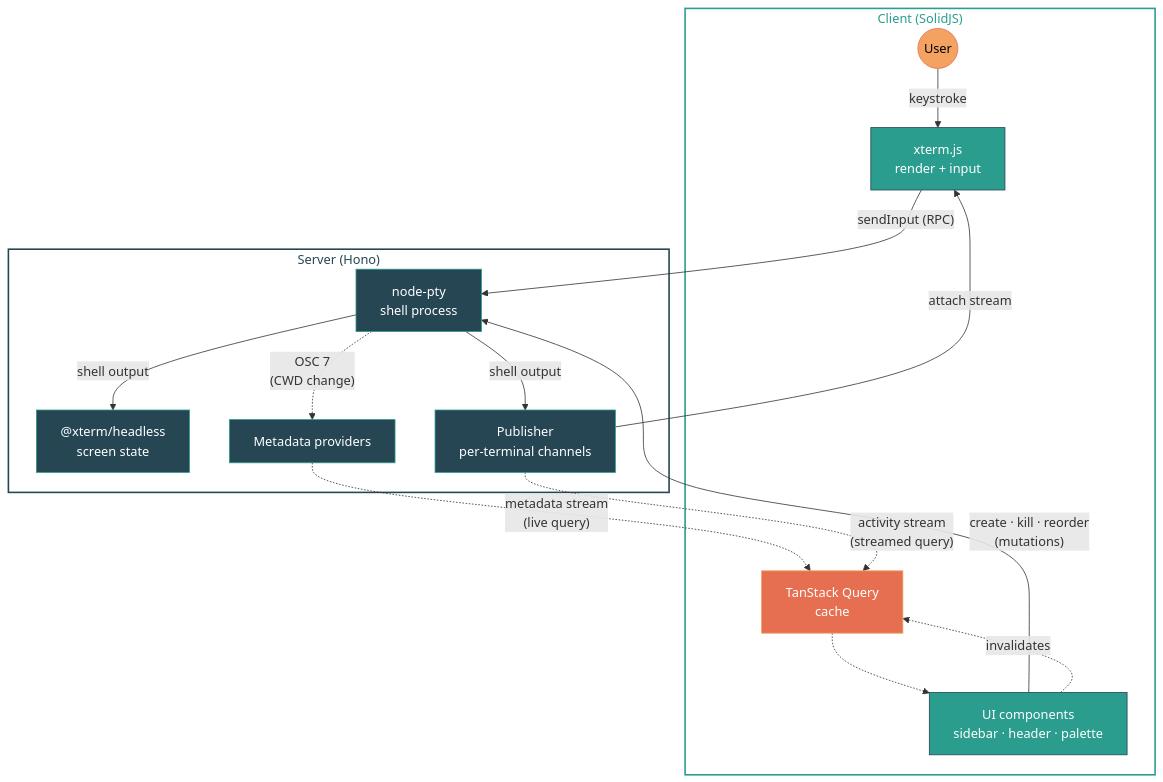
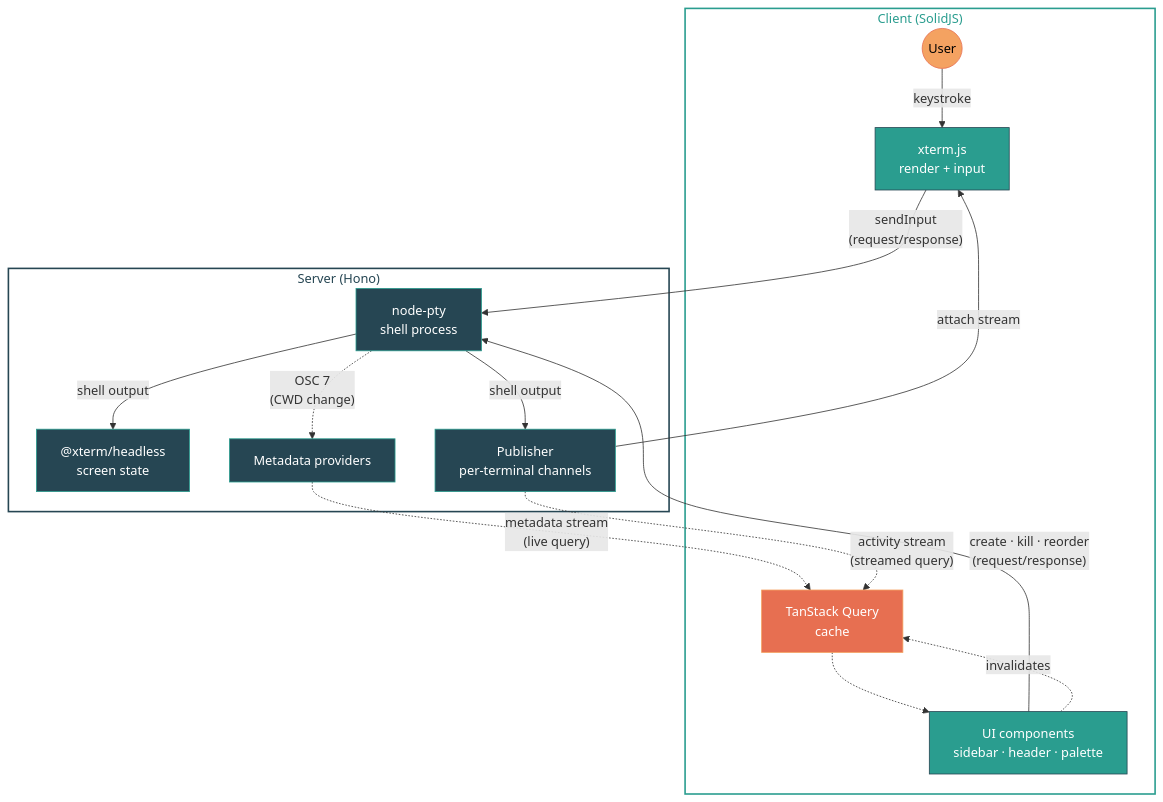
The diagram in README.md (juspay/kolu), drawn with Mermaid before and after one commit.

Commit message:
docs: label request/response edges to match communication patterns table

````diff
--- a/README.md
+++ b/README.md
@@ -99,41 +99,41 @@
 ```mermaid
 flowchart TB
   subgraph Client["Client (SolidJS)"]
     User((User)):::user
     Xterm["xterm.js\nrender + input"]:::client
     TQ["TanStack Query\ncache"]:::cache
     UI["UI components\nsidebar · header · palette"]:::client
   end
 
   subgraph Server["Server (Hono)"]
     PTY["node-pty\nshell process"]:::server
     Headless["@xterm/headless\nscreen state"]:::server
     Pub["Publisher\nper-terminal channels"]:::server
     Providers["Metadata providers"]:::server
   end
 
   %% Terminal I/O loop
   User -->|"keystroke"| Xterm
-  Xterm -->|"sendInput (RPC)"| PTY
+  Xterm -->|"sendInput\n(request/response)"| PTY
   PTY -->|"shell output"| Headless
   PTY -->|"shell output"| Pub
   Pub -->|"attach stream"| Xterm
 
   %% Metadata loop
   PTY -.->|"OSC 7\n(CWD change)"| Providers
   Providers -.->|"metadata stream\n(live query)"| TQ
   Pub -.->|"activity stream\n(streamed query)"| TQ
   TQ -.-> UI
 
   %% User actions
-  UI -->|"create · kill · reorder\n(mutations)"| PTY
+  UI -->|"create · kill · reorder\n(request/response)"| PTY
   UI -.->|"invalidates"| TQ
 
   classDef user fill:#f4a261,stroke:#e76f51,color:#000
   classDef client fill:#2a9d8f,stroke:#264653,color:#fff
   classDef cache fill:#e76f51,stroke:#f4a261,color:#fff
   classDef server fill:#264653,stroke:#2a9d8f,color:#fff
 
   style Client fill:none,stroke:#2a9d8f,stroke-width:2px,color:#2a9d8f
   style Server fill:none,stroke:#264653,stroke-width:2px,color:#264653
 ```
````
